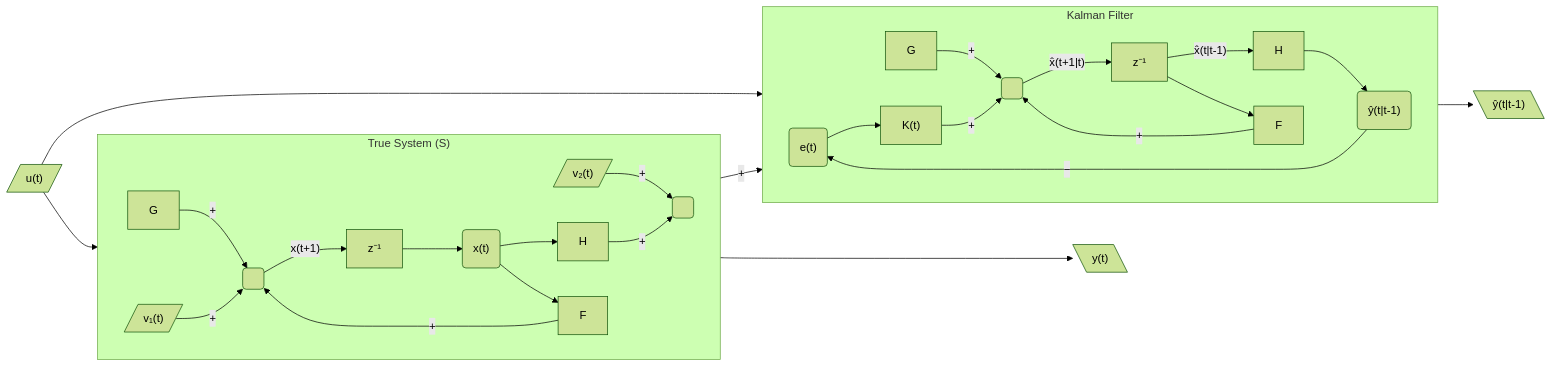
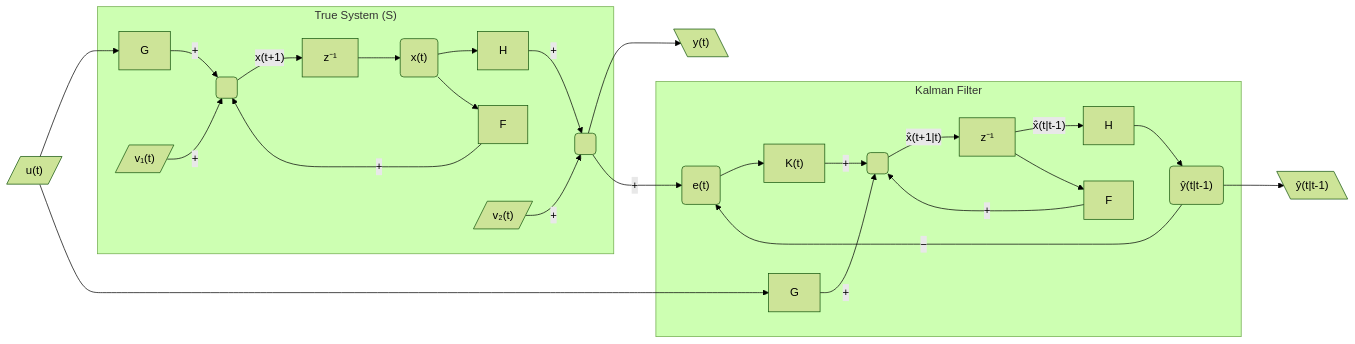
The first of 2 diagrams in Model Identification Data Analysis/index.md (titilda/appunti), drawn with Mermaid (forest theme) before and after one commit. The commit also changed other lines of this file, not shown here.

````diff
--- a/Model Identification Data Analysis/index.md
+++ b/Model Identification Data Analysis/index.md
@@ -1081,56 +1085,54 @@
 ```mermaid
 flowchart LR
   U[/"u(t)"/]
 
   U --> G1
   subgraph System["True System (S)"]
-    direction LR
     F1["F"]
     G1["G"]
     H1["H"]
     Z1["z⁻¹"]
     V1_block[/"v₁(t)"/]
     V2_block[/"v₂(t)"/]
     SUM1(" ")
     SUM2(" ")
     SPLIT1("x(t)")
 
     G1 -->|"+"| SUM1
     V1_block -->|"+"| SUM1
     SUM1 -->|"x(t+1)"| Z1
     Z1 --> SPLIT1
     SPLIT1 --> H1
     V2_block -->|"+"| SUM2
     H1 -->|"+"| SUM2
     SPLIT1 --> F1
     F1 -->|"+"| SUM1
   end
 
   SUM2 --> OUT1[\"y(t)"\]
   SUM2 -->|"+"| ERR
 
   U --> G2
   KF_SPLIT1 --> OUT2[\"ŷ(t|t-1)"\]
 
   subgraph KalmanFilter["Kalman Filter"]
-    direction LR
     K["K(t)"]
     F2["F"]
     G2["G"]
     H2["H"]
     Z2["z⁻¹"]
     ERR("e(t)")
     KF_SUM1(" ")
     KF_SPLIT1("ŷ(t|t-1)")
 
     G2 -->|"+"| KF_SUM1
     ERR --> K
     K -->|"+"| KF_SUM1
     KF_SUM1 -->|"x̂(t+1|t)"| Z2
     Z2 -->|"x̂(t|t-1)"| H2
     Z2 --> F2
     F2 -->|"+"| KF_SUM1
     H2 --> KF_SPLIT1
     KF_SPLIT1 -->|"−"| ERR
   end
 ```
````
